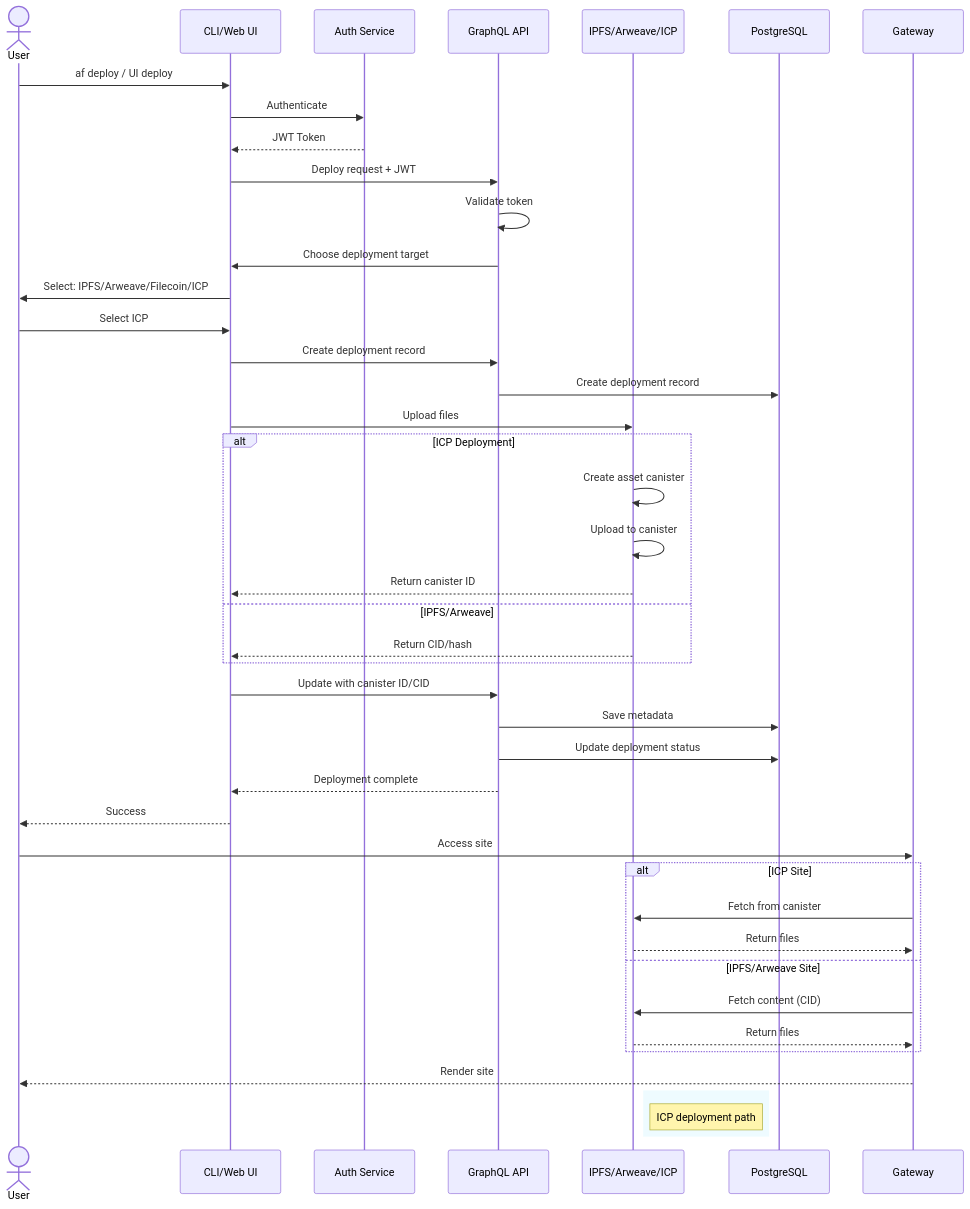
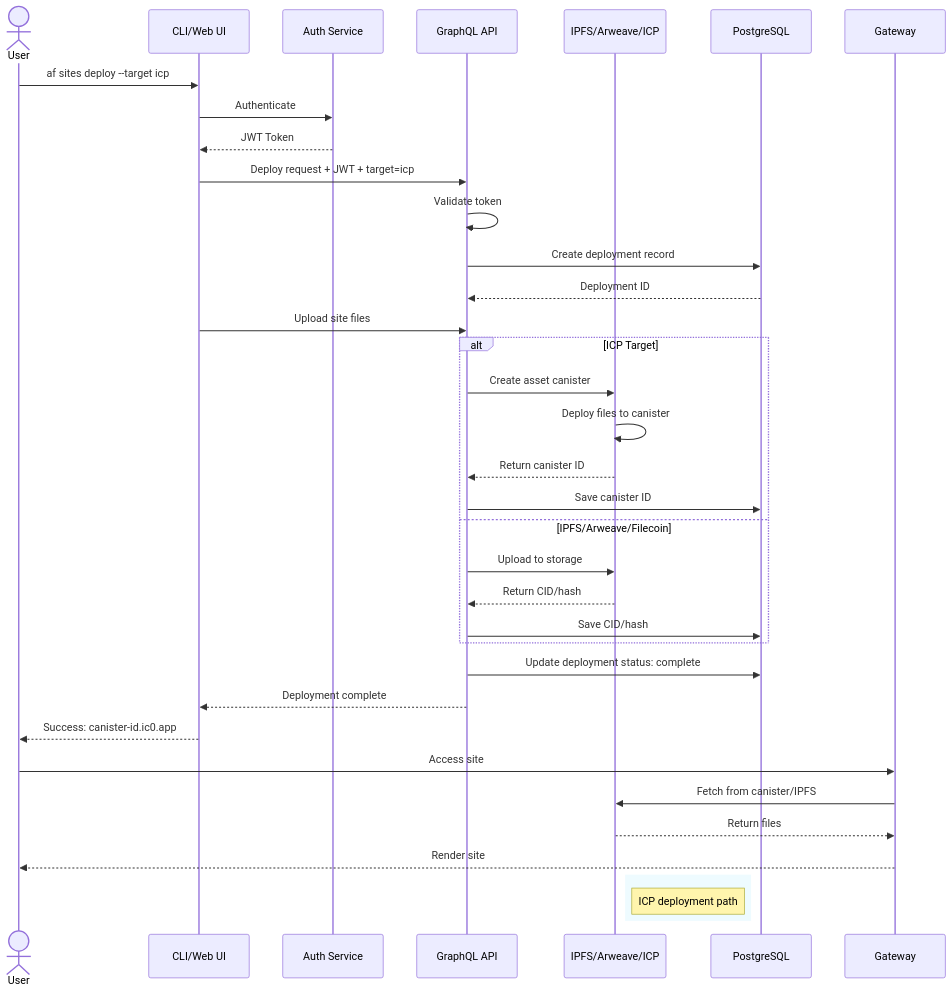
Before and after one commit to alternatefutures/.github: the seventh of 13 diagrams in TECHNICAL_ARCHITECTURE.md, drawn with Mermaid. The commit also changed other lines of this file, not shown here.

First line of the commit message:
Refactor ICP integration as deployment target option

````diff
--- a/TECHNICAL_ARCHITECTURE.md
+++ b/TECHNICAL_ARCHITECTURE.md
@@ -661,56 +645,46 @@
 ```mermaid
 sequenceDiagram
     actor User
     participant CLI as CLI/Web UI
     participant Auth as Auth Service
     participant API as GraphQL API
     participant Storage as IPFS/Arweave/ICP
     participant DB as PostgreSQL
     participant Gateway as Gateway
     
-    User->>CLI: af deploy / UI deploy
+    User->>CLI: af sites deploy --target icp
     CLI->>Auth: Authenticate
     Auth-->>CLI: JWT Token
     
-    CLI->>API: Deploy request + JWT
+    CLI->>API: Deploy request + JWT + target=icp
     API->>API: Validate token
-    API->>CLI: Choose deployment target
-    CLI->>User: Select: IPFS/Arweave/Filecoin/ICP
-    User->>CLI: Select ICP
     
-    CLI->>API: Create deployment record
     API->>DB: Create deployment record
+    DB-->>API: Deployment ID
     
-    CLI->>Storage: Upload files
+    CLI->>API: Upload site files
     
-    alt ICP Deployment
-        Storage->>Storage: Create asset canister
-        Storage->>Storage: Upload to canister
-        Storage-->>CLI: Return canister ID
-    else IPFS/Arweave
-        Storage-->>CLI: Return CID/hash
+    alt ICP Target
+        API->>Storage: Create asset canister
+        Storage->>Storage: Deploy files to canister
+        Storage-->>API: Return canister ID
+        API->>DB: Save canister ID
+    else IPFS/Arweave/Filecoin
+        API->>Storage: Upload to storage
+        Storage-->>API: Return CID/hash
+        API->>DB: Save CID/hash
     end
     
-    CLI->>API: Update with canister ID/CID
-    API->>DB: Save metadata
-    API->>DB: Update deployment status
-    
+    API->>DB: Update deployment status: complete
     API-->>CLI: Deployment complete
-    CLI-->>User: Success
+    CLI-->>User: Success: canister-id.ic0.app
     
     User->>Gateway: Access site
-    
-    alt ICP Site
-        Gateway->>Storage: Fetch from canister
-        Storage-->>Gateway: Return files
-    else IPFS/Arweave Site
-        Gateway->>Storage: Fetch content (CID)
-        Storage-->>Gateway: Return files
-    end
-    
+    Gateway->>Storage: Fetch from canister/IPFS
+    Storage-->>Gateway: Return files
     Gateway-->>User: Render site
     
     rect rgba(197, 240, 255, 0.3)
         note right of Storage: ICP deployment path
     end
 ```
````
